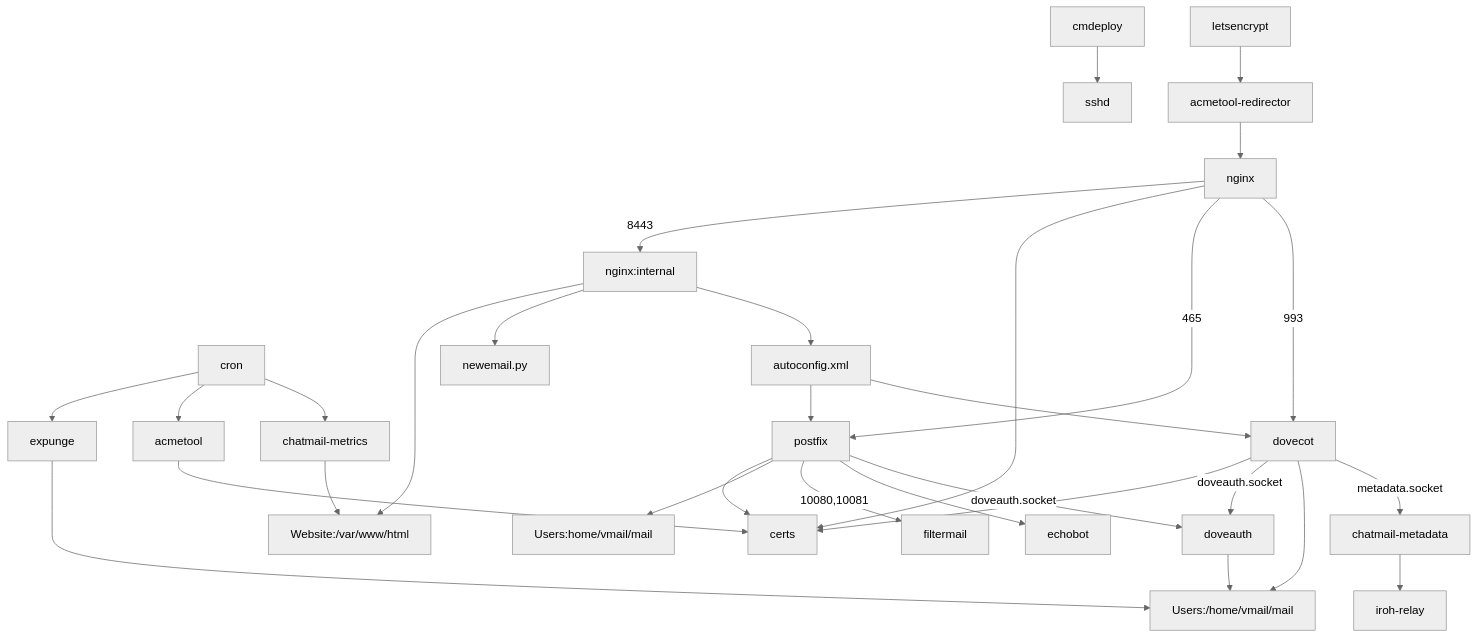
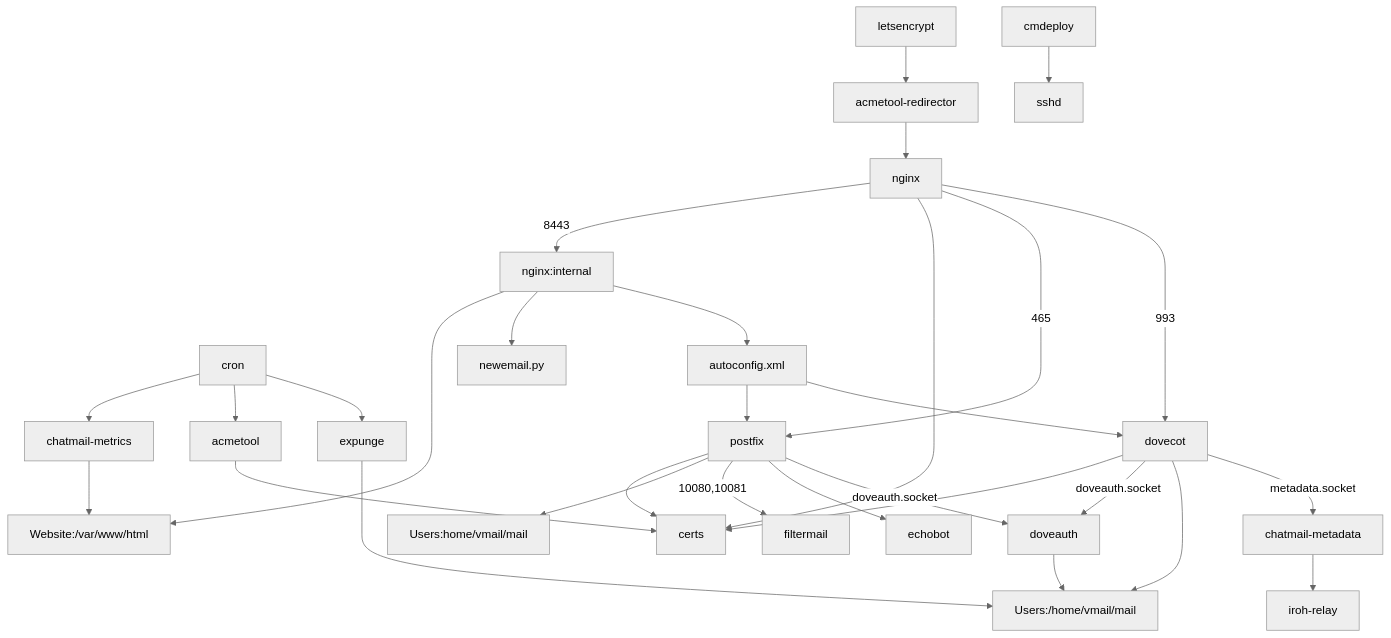
Before and after one commit to cliffmccarthy/chatmail-relay: the diagram in ARCHITECTURE.md, drawn with Mermaid (neutral theme). The commit also changed other lines of this file, not shown here.

````diff
--- a/ARCHITECTURE.md
+++ b/ARCHITECTURE.md
@@ -4,32 +4,32 @@
 ```mermaid
 graph TD;
-    cmdeploy --> sshd;
-    cron --> expunge;
-    cron --> acmetool;
-    cron --> chatmail-metrics;
-    chatmail-metrics --> Website:/var/www/html;
-    acmetool --> certs;
     letsencrypt --> acmetool-redirector;
     acmetool-redirector --> nginx;
     nginx --> |8443|nginx:internal;
     nginx:internal --> Website:/var/www/html;
+    cron --> chatmail-metrics;
+    cron --> acmetool;
+    cron --> expunge;
+    chatmail-metrics --> Website:/var/www/html;
+    acmetool --> certs;
     nginx --> certs;
     nginx:internal --> newemail.py;
     nginx --> |465|postfix;
     nginx:internal --> autoconfig.xml;
     nginx --> |993|dovecot;
     autoconfig.xml --> postfix;
     autoconfig.xml --> dovecot;
     postfix --> certs;
     postfix --> Users:home/vmail/mail;
     postfix --> |10080,10081|filtermail;
     postfix --> echobot;
     postfix --> |doveauth.socket|doveauth;
     dovecot --> certs;
     dovecot --> |doveauth.socket|doveauth;
     dovecot --> Users:/home/vmail/mail;
     dovecot --> |metadata.socket|chatmail-metadata;
     doveauth --> Users:/home/vmail/mail;
     expunge --> Users:/home/vmail/mail;
     chatmail-metadata --> iroh-relay;
+    cmdeploy --> sshd;
 ```
````
